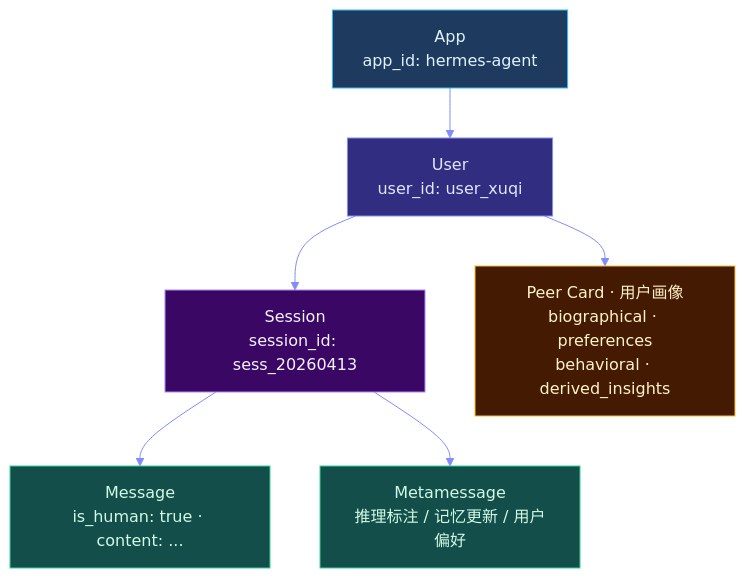
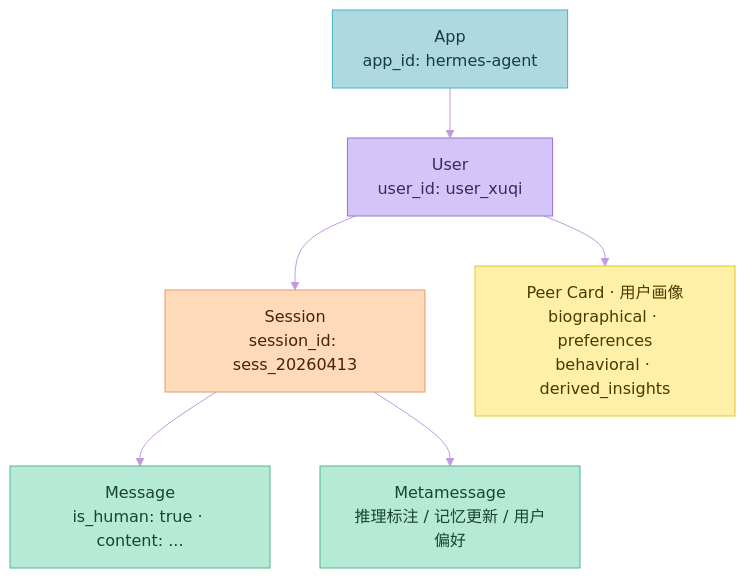
Before and after one commit to xuqi2024/xuqi2024.github.io: the fourth of 10 diagrams in source/_posts/2026-04-13-hermes-agent深度完全解读.md, drawn with Mermaid. The commit also changed other lines of this file and 3 other files, not shown here.

First line of the commit message:
style: 将所有 Mermaid 图表配色改为马卡龙色系，修复节点换行显示

````diff
--- a/source/_posts/2026-04-13-hermes-agent深度完全解读.md
+++ b/source/_posts/2026-04-13-hermes-agent深度完全解读.md
@@ -272,20 +272,20 @@
 ```mermaid
-%%{init: {'theme': 'base', 'themeVariables': {'primaryColor': '#1e1b4b', 'primaryTextColor': '#e0e7ff', 'primaryBorderColor': '#818cf8', 'lineColor': '#818cf8', 'secondaryColor': '#2e1065', 'tertiaryColor': '#0c3a4a', 'background': '#0a0914', 'mainBkg': '#1e1b4b', 'nodeBorder': '#818cf8', 'clusterBkg': '#110d2e', 'clusterBorder': '#4f46e5', 'titleColor': '#c7d2fe', 'edgeLabelBackground': '#1e1b4b'}}}%%
+%%{init: {'theme': 'base', 'themeVariables': {'primaryColor': '#FFB3C1', 'primaryTextColor': '#4A1942', 'primaryBorderColor': '#FF85A1', 'lineColor': '#C299E0', 'secondaryColor': '#C8E6C9', 'tertiaryColor': '#AED9E0', 'background': '#FFF8FB', 'mainBkg': '#FFB3C1', 'nodeBorder': '#FF85A1', 'clusterBkg': '#FFF0F7', 'clusterBorder': '#FFB3C1', 'titleColor': '#6D3B8C', 'edgeLabelBackground': '#FFF8FB'}}}%%
 flowchart TD
-    classDef tier1 fill:#1e3a5f,stroke:#38bdf8,color:#e0f2fe
-    classDef tier2 fill:#312e81,stroke:#818cf8,color:#e0e7ff
-    classDef tier3 fill:#3b0764,stroke:#a78bfa,color:#f5f3ff
-    classDef tier4 fill:#134e4a,stroke:#34d399,color:#d1fae5
-    classDef profile fill:#451a03,stroke:#fbbf24,color:#fef3c7
+    classDef tier1 fill:#AED9E0,stroke:#48B2C8,color:#1A3A4A
+    classDef tier2 fill:#D4C5F9,stroke:#9B72CF,color:#3D2B4F
+    classDef tier3 fill:#FFDAB9,stroke:#E8956D,color:#4A2200
+    classDef tier4 fill:#B5EAD7,stroke:#52B788,color:#1B4332
+    classDef profile fill:#FFF0A8,stroke:#E6C229,color:#4A3900
 
-    APP["App\napp_id: hermes-agent"]:::tier1
-    USER["User\nuser_id: user_xuqi"]:::tier2
-    SESS["Session\nsession_id: sess_20260413"]:::tier3
-    MSG["Message\nis_human: true · content: ..."]:::tier4
-    META["Metamessage\n推理标注 / 记忆更新 / 用户偏好"]:::tier4
-    CARD["Peer Card · 用户画像\nbiographical · preferences\nbehavioral · derived_insights"]:::profile
+    APP["App<br/>app_id: hermes-agent"]:::tier1
+    USER["User<br/>user_id: user_xuqi"]:::tier2
+    SESS["Session<br/>session_id: sess_20260413"]:::tier3
+    MSG["Message<br/>is_human: true · content: ..."]:::tier4
+    META["Metamessage<br/>推理标注 / 记忆更新 / 用户偏好"]:::tier4
+    CARD["Peer Card · 用户画像<br/>biographical · preferences<br/>behavioral · derived_insights"]:::profile
 
     APP --> USER
     USER --> SESS & CARD
     SESS --> MSG & META
 ```
````
